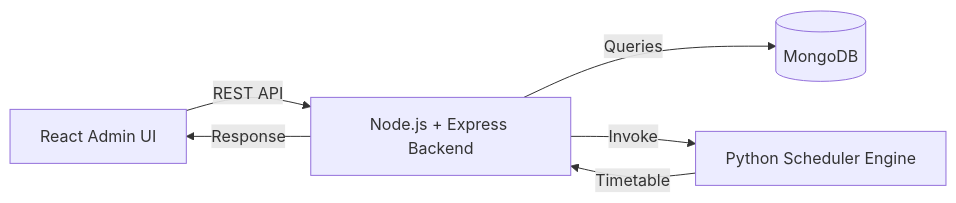
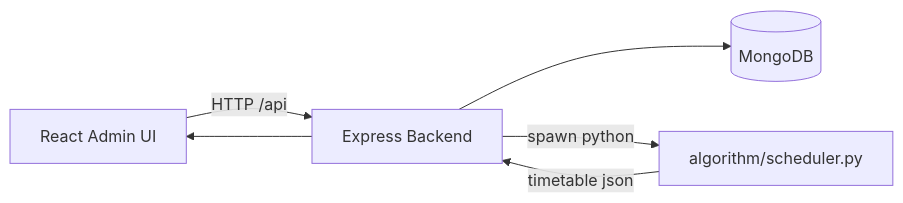
Before and after one commit to MacharlaNagamanojreddy/Smart-exam-scheduler: the diagram in README.md, drawn with Mermaid. The commit also changed other lines of this file and 1 other file, not shown here.

````diff
--- a/README.md
+++ b/README.md
@@ -102,8 +59,8 @@
 ```mermaid
 flowchart LR
-A[React Admin UI] -->|REST API| B[Node.js + Express Backend]
-B -->|Queries| C[(MongoDB)]
-B -->|Invoke| D[Python Scheduler Engine]
-D -->|Timetable| B
-B -->|Response| A
+UI[React Admin UI] -->|HTTP /api| API[Express Backend]
+API --> DB[(MongoDB)]
+API -->|spawn python| PY[algorithm/scheduler.py]
+PY -->|timetable json| API
+API --> UI
 ```
````
